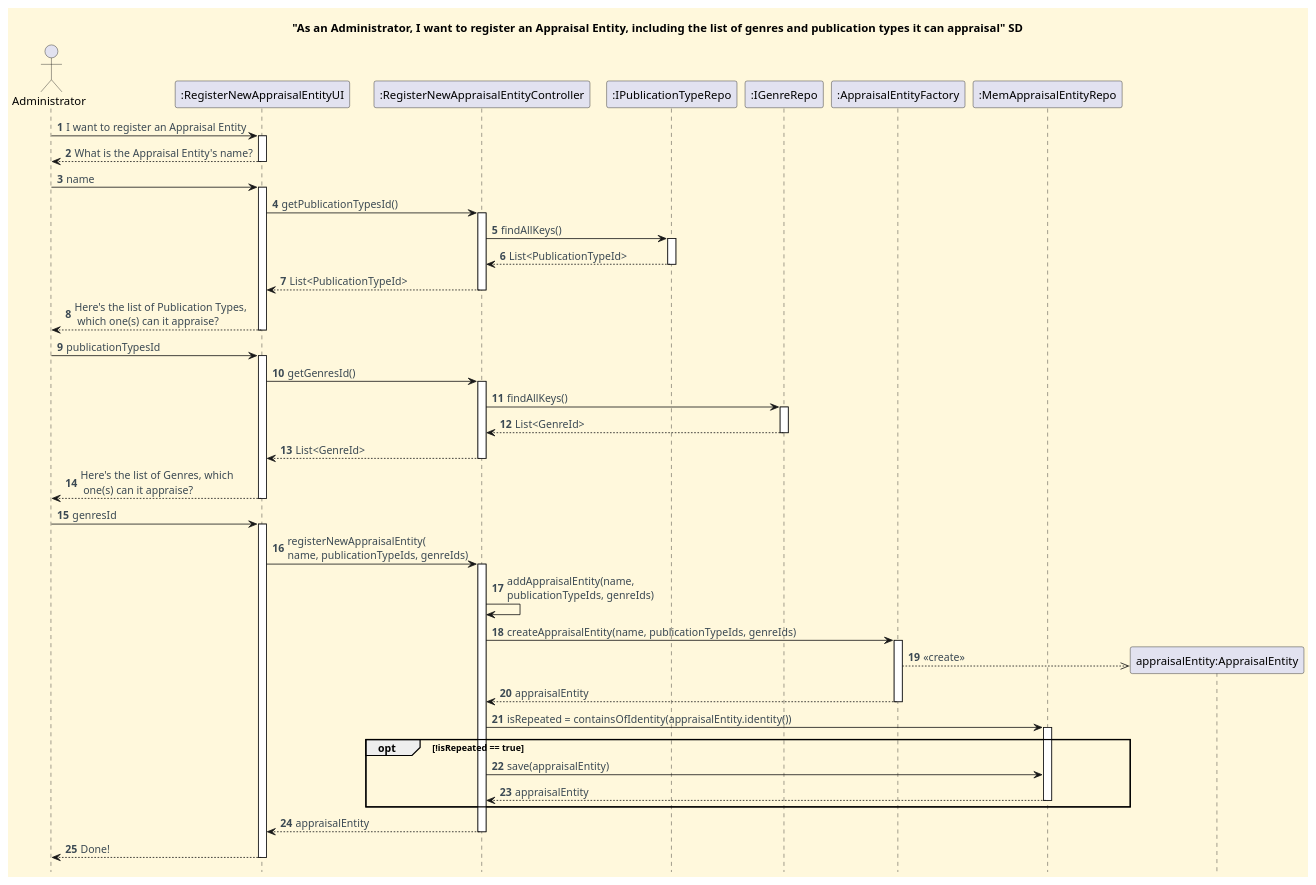
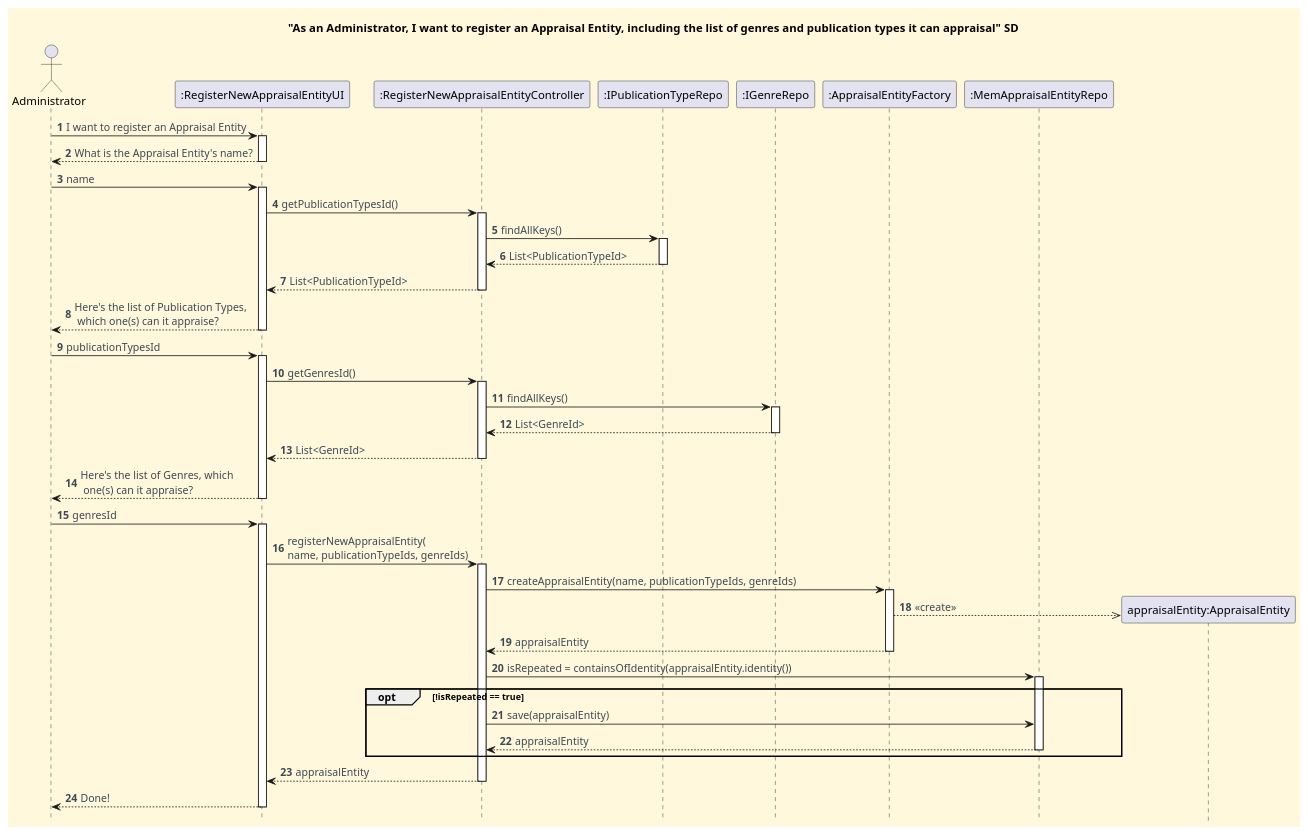
One commit to CarolinaLeite-collab/JavaMarketplacePlatform changed the diagram in docs/functionalities/admin/register-new-appraisal-entity/Register_New_Appraisal_Entity_SD.puml. Above: the diagram before and after it, drawn with PlantUML. The commit also changed 1 other file, not shown here.

Commit message:
docs: updated SD and CD diagram to reflect changes to method usage in RegisterNewAppraisalEntityController - refs #521

```diff
--- a/docs/functionalities/admin/register-new-appraisal-entity/Register_New_Appraisal_Entity_SD.puml
+++ b/docs/functionalities/admin/register-new-appraisal-entity/Register_New_Appraisal_Entity_SD.puml
@@ -1,99 +1,97 @@
 @startuml
 '==== Title ====
 title "As an Administrator, I want to register an Appraisal Entity, including the list of genres and publication types it can appraisal" SD
 
 
 '==== basic style ====
 skinparam monochrome false
 skinparam shadowing false
 skinparam defaultFontName Futura
 skinparam objectFontSize 20
 skinparam backgroundColor CornSilk
 skinparam objectBackgroundColor WhiteSmoke
 skinparam noteBackgroundColor #FFFFE0
 skinparam ArrowFontColor #3B4953
 skinparam ActivationBackgroundColor black
 hidefootbox
 autonumber
 
 
 ' ==== Actor and participants ====
 actor Administrator
 participant ":RegisterNewAppraisalEntityUI" as UI
 participant ":RegisterNewAppraisalEntityController" as CTL
 participant ":IPublicationTypeRepo" as PTR
 participant ":IGenreRepo" as grRepo
 participant ":AppraisalEntityFactory" as Factory
 participant ":MemAppraisalEntityRepo" as aeRepo
 
 
 
 '==== UI interaction ====
 Administrator -> UI: I want to register an Appraisal Entity
 activate UI
 UI --> Administrator: What is the Appraisal Entity's name?
 deactivate UI
 Administrator -> UI: name
 activate UI
 
 '==== Use case execution ====
 UI -> CTL: getPublicationTypesId()
 activate CTL
 CTL -> PTR: findAllKeys()
 activate PTR
 PTR --> CTL: List<PublicationTypeId>
 deactivate PTR
 CTL --> UI: List<PublicationTypeId>
 deactivate CTL
 
 UI --> Administrator: Here's the list of Publication Types, \n which one(s) can it appraise?
 deactivate UI
 
 Administrator -> UI: publicationTypesId
 activate UI
 UI -> CTL: getGenresId()
 activate CTL
 CTL -> grRepo: findAllKeys()
 activate grRepo
 grRepo --> CTL: List<GenreId>
 deactivate grRepo
 CTL --> UI: List<GenreId>
 deactivate CTL
 
 UI --> Administrator: Here's the list of Genres, which \n one(s) can it appraise?
 deactivate UI
 
 Administrator -> UI: genresId
 activate UI
 UI -> CTL: registerNewAppraisalEntity(\nname, publicationTypeIds, genreIds)
 activate CTL
 
-CTL -> CTL: addAppraisalEntity(name, \npublicationTypeIds, genreIds)
-
 CTL -> Factory: createAppraisalEntity(name, publicationTypeIds, genreIds)
 create "appraisalEntity:AppraisalEntity"
 
 activate Factory
 Factory -->> "appraisalEntity:AppraisalEntity": <<create>>
 Factory --> CTL: appraisalEntity
 deactivate Factory
 
 deactivate aeRepo
 
 CTL -> aeRepo : isRepeated = containsOfIdentity(appraisalEntity.identity())
 
 activate aeRepo
 opt !isRepeated == true
 
         CTL -> aeRepo : save(appraisalEntity)
         CTL <-- aeRepo : appraisalEntity
         deactivate aeRepo
 
     end
 
 CTL --> UI: appraisalEntity
 deactivate CTL
 UI --> Administrator: Done!
 deactivate UI
 
 @enduml
```
